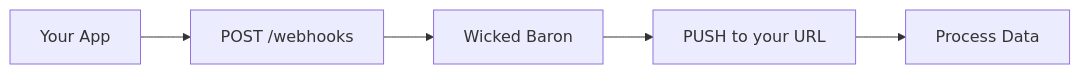
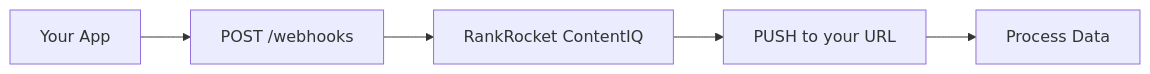
The diagram in integrations.mdx (documentation-ai-managed/docs-wicked-baron), drawn with Mermaid before and after one commit. The commit also changed other lines of this file and 9 other files, not shown here.

Commit message:
Documentation Updated Through Editor  by Wicked Baron

````diff
--- a/integrations.mdx
+++ b/integrations.mdx
@@ -170,7 +170,7 @@
 ```mermaid
 graph LR
     A[Your App] --> B[POST /webhooks]
-    B --> C[Wicked Baron]
+    B --> C[RankRocket ContentIQ]
     C --> D[PUSH to your URL]
     D --> E[Process Data]
 ```
````
